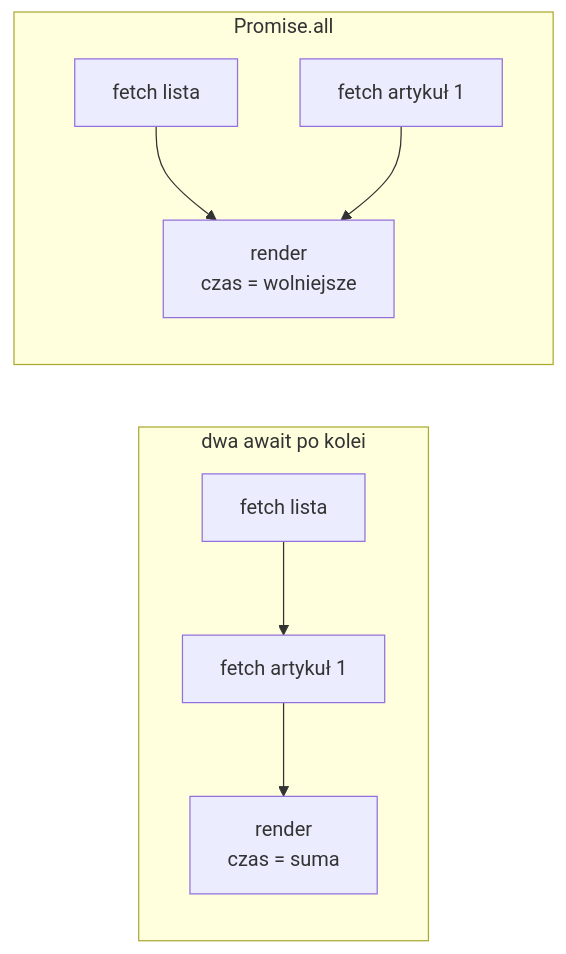
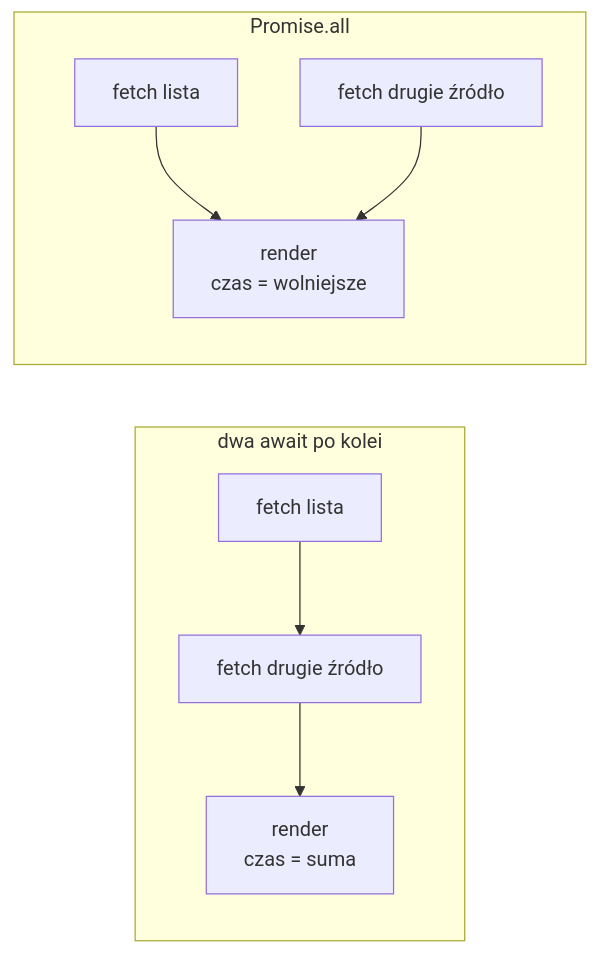
The diagram in lecture05/slides/slide_03_async-server-component.md (mmiotk/frontend-development-ug), drawn with Mermaid before and after one commit. The commit also changed other lines of this file and 41 other files, not shown here.

````diff
--- a/lecture05/slides/slide_03_async-server-component.md
+++ b/lecture05/slides/slide_03_async-server-component.md
@@ -176,11 +165,11 @@
 ```mermaid
 %%{init: {"flowchart": {"wrappingWidth": 360}}}%%
 flowchart LR
     subgraph A["dwa await po kolei"]
-        A1["fetch lista"] --> A2["fetch artykuł 1"] --> A3["render<br/>czas = suma"]
+        A1["fetch lista"] --> A2["fetch drugie źródło"] --> A3["render<br/>czas = suma"]
     end
     subgraph B["Promise.all"]
         B1["fetch lista"] --> B3["render<br/>czas = wolniejsze"]
-        B2["fetch artykuł 1"] --> B3
+        B2["fetch drugie źródło"] --> B3
     end
 ```
````
